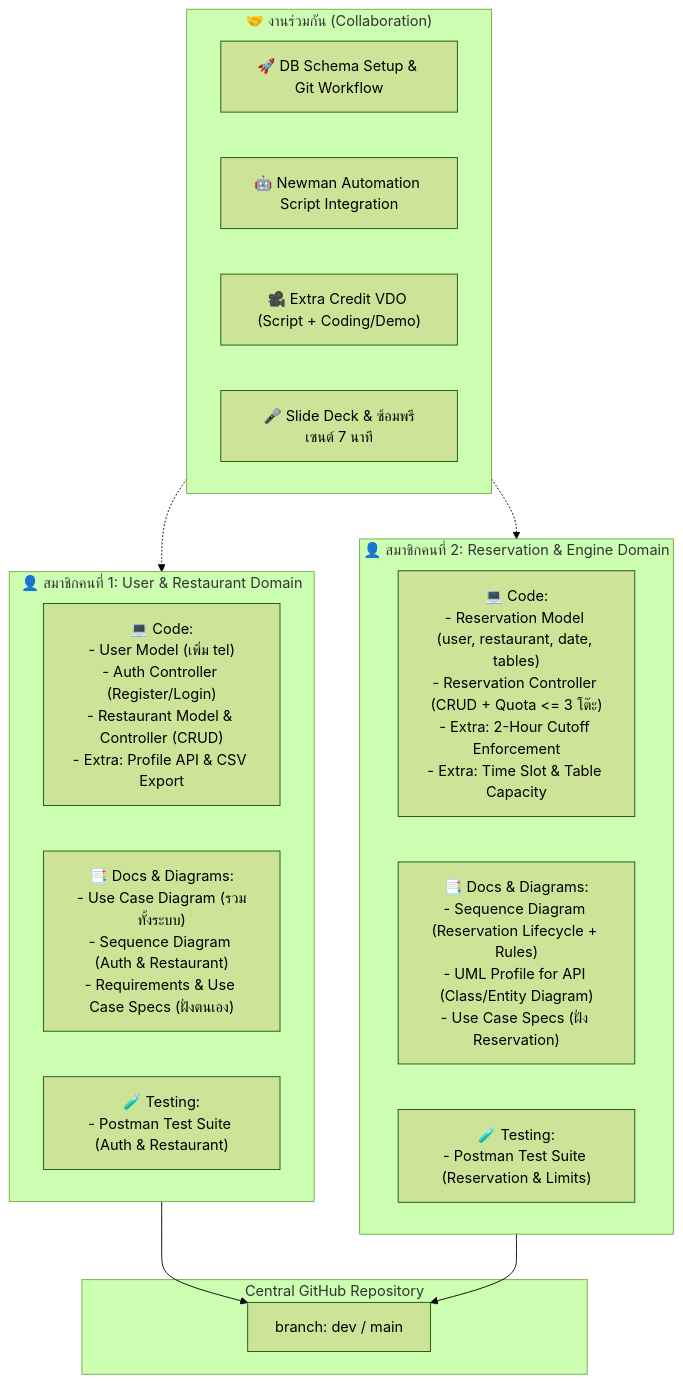
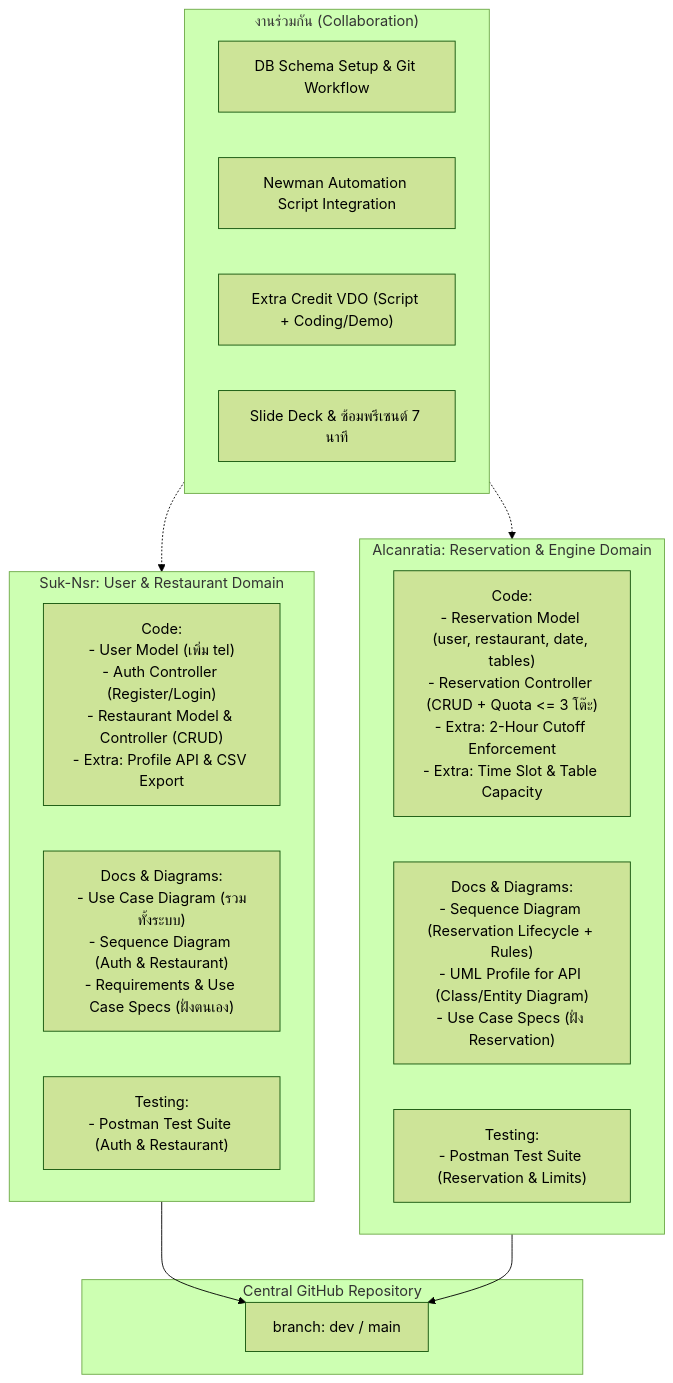
One commit to Suk-Nsr/SW-DEV-PRAC-Project changed the diagram in PROJECT_PLAN.md. Above: the diagram before and after it, drawn with Mermaid (forest theme). The commit also changed other lines of this file, not shown here.

Commit message:
docs(plan): assign roles to Suk-Nsr and Alcanratia and clean up formatting

````diff
--- a/PROJECT_PLAN.md
+++ b/PROJECT_PLAN.md
@@ -26,30 +26,30 @@
 ```mermaid
 flowchart TD
     subgraph Repo["Central GitHub Repository"]
         Dev["branch: dev / main"]
     end
 
-    subgraph Member1["👤 สมาชิกคนที่ 1: User & Restaurant Domain"]
-        M1_Code["💻 Code:<br>- User Model (เพิ่ม tel)<br>- Auth Controller (Register/Login)<br>- Restaurant Model & Controller (CRUD)<br>- Extra: Profile API & CSV Export"]
-        M1_Doc["📑 Docs & Diagrams:<br>- Use Case Diagram (รวมทั้งระบบ)<br>- Sequence Diagram (Auth & Restaurant)<br>- Requirements & Use Case Specs (ฝั่งตนเอง)"]
-        M1_Test["🧪 Testing:<br>- Postman Test Suite (Auth & Restaurant)"]
+    subgraph Member1["Suk-Nsr: User & Restaurant Domain"]
+        M1_Code["Code:<br>- User Model (เพิ่ม tel)<br>- Auth Controller (Register/Login)<br>- Restaurant Model & Controller (CRUD)<br>- Extra: Profile API & CSV Export"]
+        M1_Doc["Docs & Diagrams:<br>- Use Case Diagram (รวมทั้งระบบ)<br>- Sequence Diagram (Auth & Restaurant)<br>- Requirements & Use Case Specs (ฝั่งตนเอง)"]
+        M1_Test["Testing:<br>- Postman Test Suite (Auth & Restaurant)"]
     end
 
-    subgraph Member2["👤 สมาชิกคนที่ 2: Reservation & Engine Domain"]
-        M2_Code["💻 Code:<br>- Reservation Model (user, restaurant, date, tables)<br>- Reservation Controller (CRUD + Quota <= 3 โต๊ะ)<br>- Extra: 2-Hour Cutoff Enforcement<br>- Extra: Time Slot & Table Capacity"]
-        M2_Doc["📑 Docs & Diagrams:<br>- Sequence Diagram (Reservation Lifecycle + Rules)<br>- UML Profile for API (Class/Entity Diagram)<br>- Use Case Specs (ฝั่ง Reservation)"]
-        M2_Test["🧪 Testing:<br>- Postman Test Suite (Reservation & Limits)"]
+    subgraph Member2["Alcanratia: Reservation & Engine Domain"]
+        M2_Code["Code:<br>- Reservation Model (user, restaurant, date, tables)<br>- Reservation Controller (CRUD + Quota <= 3 โต๊ะ)<br>- Extra: 2-Hour Cutoff Enforcement<br>- Extra: Time Slot & Table Capacity"]
+        M2_Doc["Docs & Diagrams:<br>- Sequence Diagram (Reservation Lifecycle + Rules)<br>- UML Profile for API (Class/Entity Diagram)<br>- Use Case Specs (ฝั่ง Reservation)"]
+        M2_Test["Testing:<br>- Postman Test Suite (Reservation & Limits)"]
     end
 
-    subgraph Shared["🤝 งานร่วมกัน (Collaboration)"]
-        S1["🚀 DB Schema Setup & Git Workflow"]
-        S2["🤖 Newman Automation Script Integration"]
-        S3["🎥 Extra Credit VDO (Script + Coding/Demo)"]
-        S4["🎤 Slide Deck & ซ้อมพรีเซนต์ 7 นาที"]
+    subgraph Shared["งานร่วมกัน (Collaboration)"]
+        S1["DB Schema Setup & Git Workflow"]
+        S2["Newman Automation Script Integration"]
+        S3["Extra Credit VDO (Script + Coding/Demo)"]
+        S4["Slide Deck & ซ้อมพรีเซนต์ 7 นาที"]
     end
 
     Member1 --> Dev
     Member2 --> Dev
     Shared -.-> Member1
     Shared -.-> Member2
 ```
````
